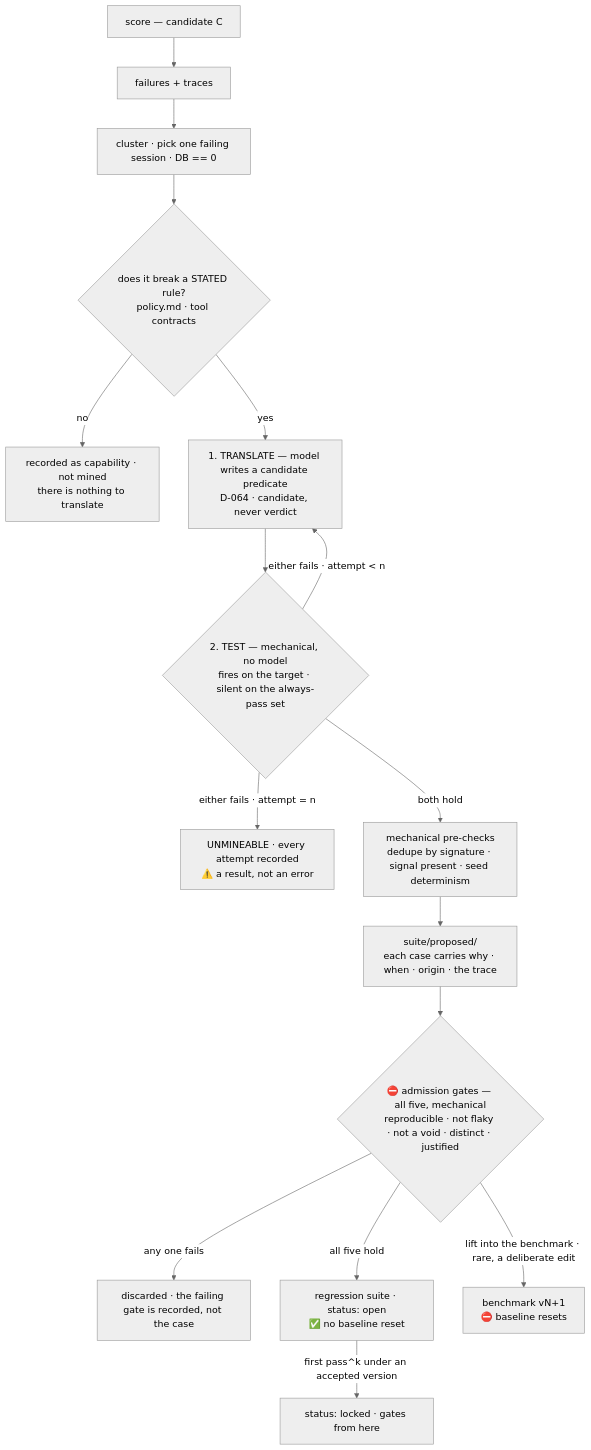
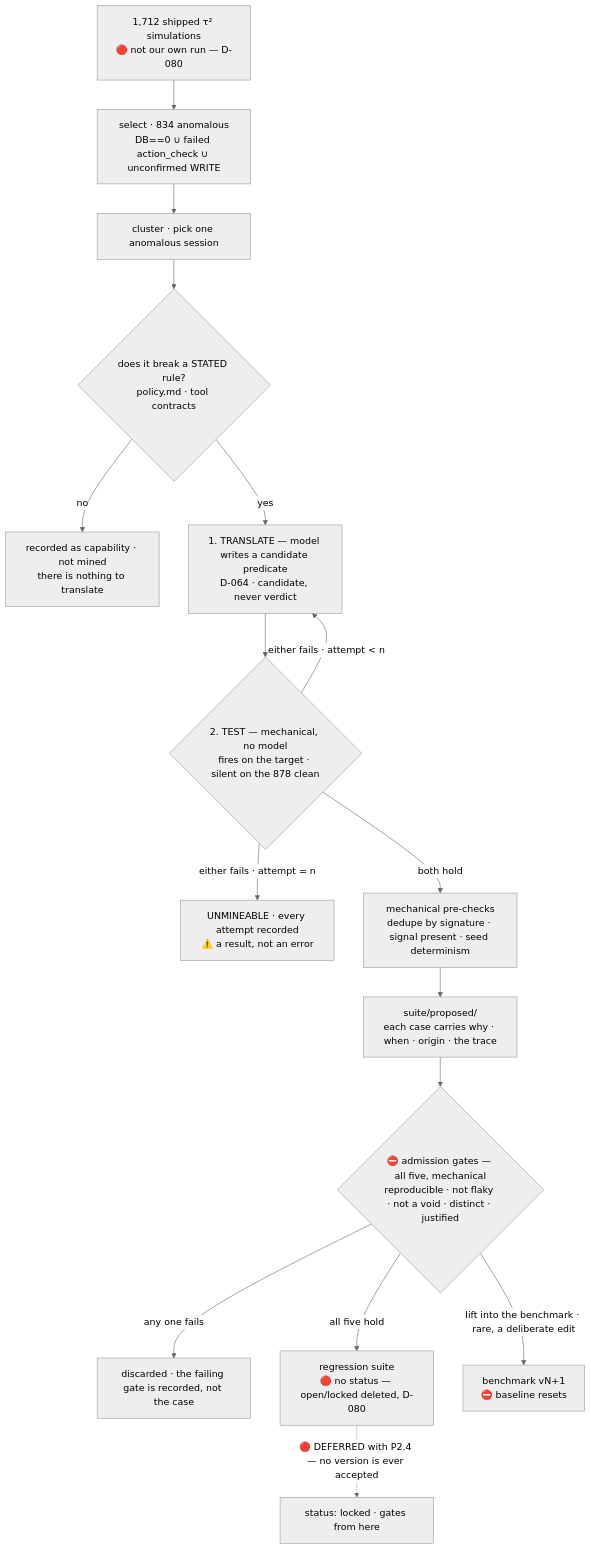
Before and after one commit to sandeepyadav1478/touchstone: the diagram in docs/02-gates.md, drawn with Mermaid (neutral theme). The commit also changed other lines of this file and 4 other files, not shown here.

````diff
--- a/docs/02-gates.md
+++ b/docs/02-gates.md
@@ -291,18 +336,18 @@
 ```mermaid
 flowchart TB
-  SCORE["score — candidate C"] --> FAIL["failures + traces"]
-  FAIL --> PICK["cluster · pick one failing session · DB == 0"]
+  SCORE["1,712 shipped τ² simulations<br/>🔴 not our own run — D-080"] --> FAIL["select · 834 anomalous<br/>DB==0 ∪ failed action_check ∪ unconfirmed WRITE"]
+  FAIL --> PICK["cluster · pick one anomalous session"]
   PICK --> RULE{"does it break a STATED rule?<br/>policy.md · tool contracts"}
   RULE -->|no| SKIP["recorded as capability · not mined<br/>there is nothing to translate"]
   RULE -->|yes| TRANS["1. TRANSLATE — model writes a candidate predicate<br/>D-064 · candidate, never verdict"]
-  TRANS --> TEST{"2. TEST — mechanical, no model<br/>fires on the target · silent on the always-pass set"}
+  TRANS --> TEST{"2. TEST — mechanical, no model<br/>fires on the target · silent on the 878 clean"}
   TEST -->|"either fails · attempt < n"| TRANS
   TEST -->|"either fails · attempt = n"| UNM["UNMINEABLE · every attempt recorded<br/>⚠️ a result, not an error"]
   TEST -->|both hold| CHECK["mechanical pre-checks<br/>dedupe by signature · signal present · seed determinism"]
   CHECK --> PROP["suite/proposed/<br/>each case carries why · when · origin · the trace"]
   PROP --> ADMIT{"⛔ admission gates — all five, mechanical<br/>reproducible · not flaky · not a void · distinct · justified"}
   ADMIT -->|any one fails| DROP["discarded · the failing gate is recorded, not the case"]
-  ADMIT -->|all five hold| REG["regression suite · status: open<br/>✅ no baseline reset"]
-  REG -->|"first pass^k under an accepted version"| LOCK["status: locked · gates from here"]
+  ADMIT -->|all five hold| REG["regression suite<br/>🔴 no status — open/locked deleted, D-080"]
+  REG -.->|"🔴 DEFERRED with P2.4 — no version is ever accepted"| LOCK["status: locked · gates from here"]
   ADMIT -->|"lift into the benchmark · rare, a deliberate edit"| BENCH["benchmark vN+1<br/>⛔ baseline resets"]
 ```
````
